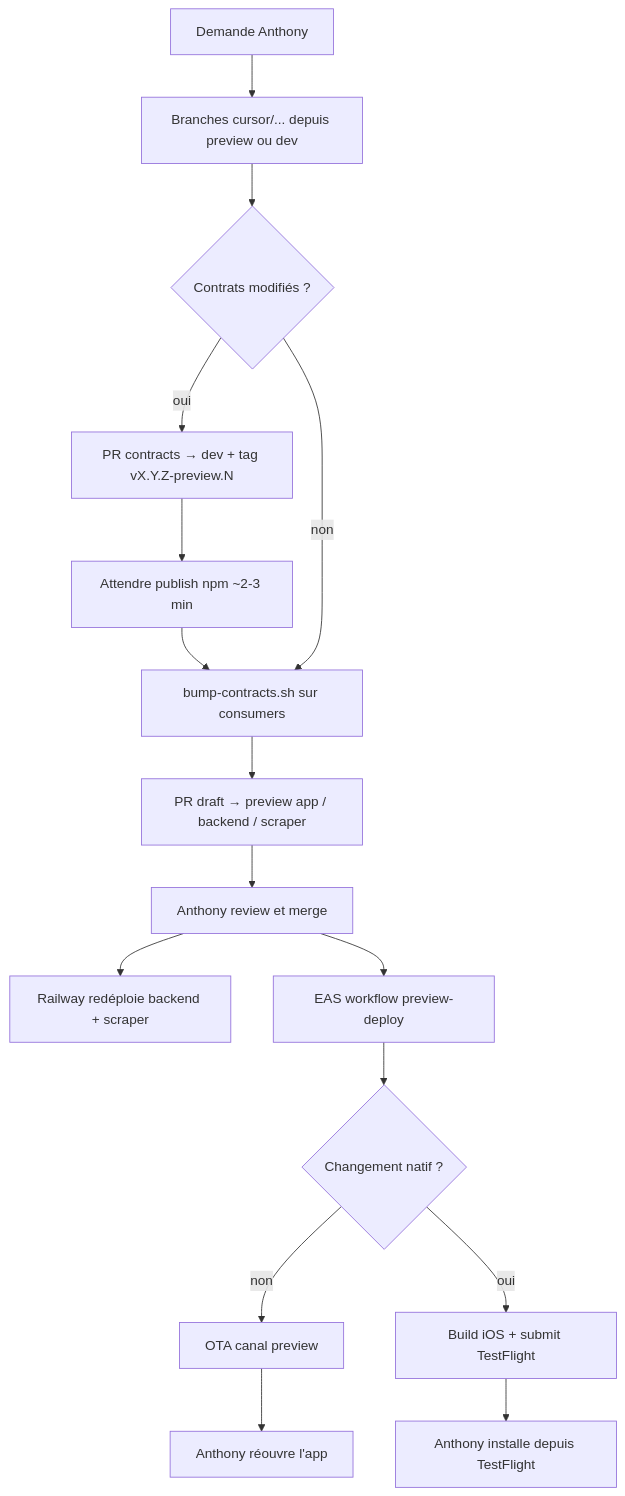
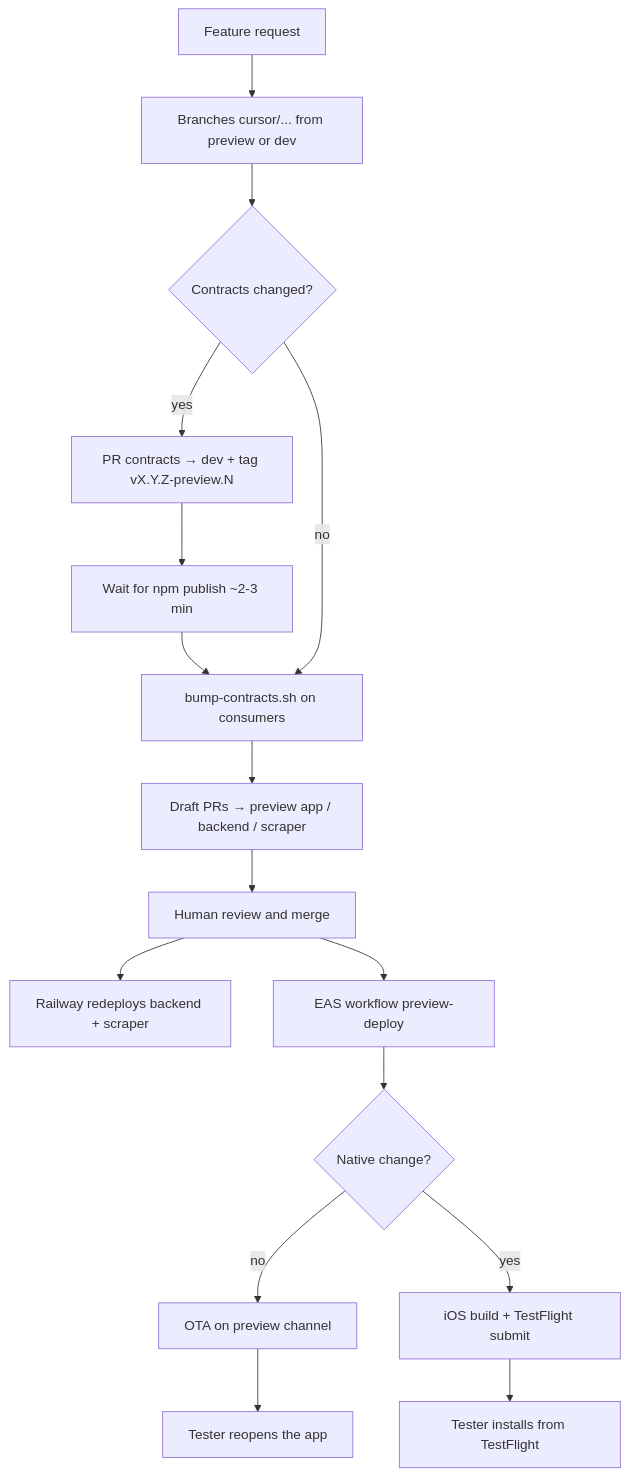
Before and after one commit to Plassy-App/Plassy: the diagram in AGENTS.md, drawn with Mermaid. The commit also changed other lines of this file, not shown here.

First line of the commit message:
docs: rewrite AGENTS.md in English and fix submodule bump flow

````diff
--- a/AGENTS.md
+++ b/AGENTS.md
@@ -48,18 +48,18 @@
 ```mermaid
 flowchart TD
-    A[Demande Anthony] --> B[Branches cursor/... depuis preview ou dev]
-    B --> C{Contrats modifiés ?}
-    C -->|oui| D[PR contracts → dev + tag vX.Y.Z-preview.N]
-    D --> E[Attendre publish npm ~2-3 min]
-    E --> F[bump-contracts.sh sur consumers]
-    C -->|non| F
-    F --> G[PR draft → preview app / backend / scraper]
-    G --> H[Anthony review et merge]
-    H --> I[Railway redéploie backend + scraper]
+    A[Feature request] --> B[Branches cursor/... from preview or dev]
+    B --> C{Contracts changed?}
+    C -->|yes| D[PR contracts → dev + tag vX.Y.Z-preview.N]
+    D --> E[Wait for npm publish ~2-3 min]
+    E --> F[bump-contracts.sh on consumers]
+    C -->|no| F
+    F --> G[Draft PRs → preview app / backend / scraper]
+    G --> H[Human review and merge]
+    H --> I[Railway redeploys backend + scraper]
     H --> J[EAS workflow preview-deploy]
-    J --> K{Changement natif ?}
-    K -->|non| L[OTA canal preview]
-    K -->|oui| M[Build iOS + submit TestFlight]
-    L --> N[Anthony réouvre l'app]
-    M --> O[Anthony installe depuis TestFlight]
+    J --> K{Native change?}
+    K -->|no| L[OTA on preview channel]
+    K -->|yes| M[iOS build + TestFlight submit]
+    L --> N[Tester reopens the app]
+    M --> O[Tester installs from TestFlight]
 ```
````
